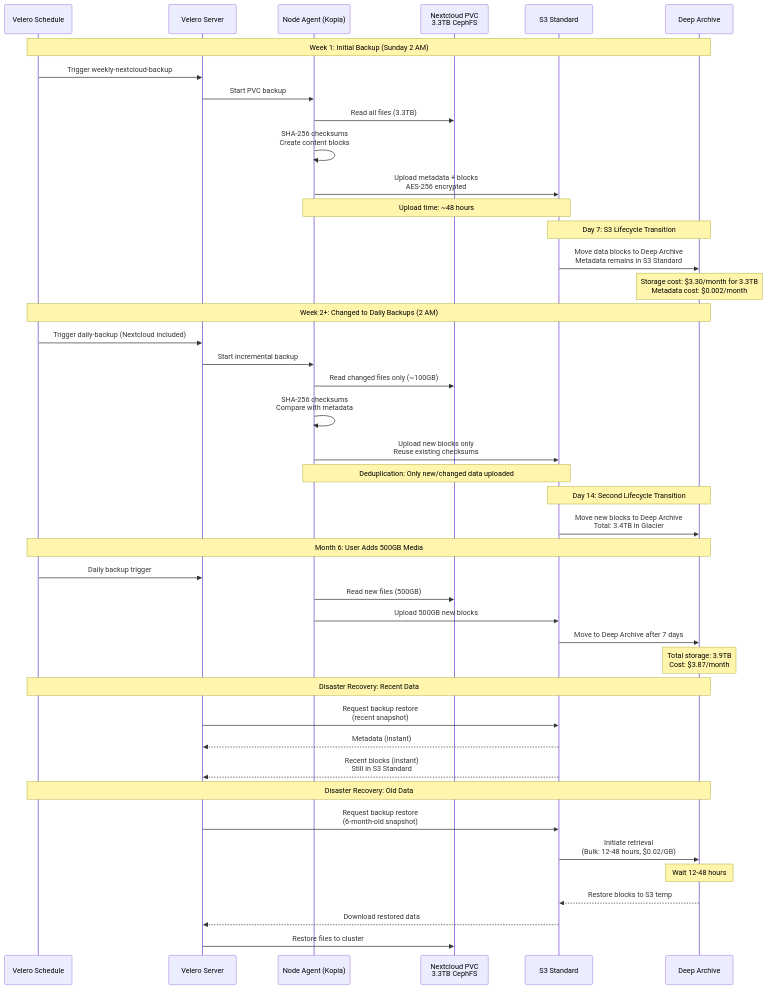
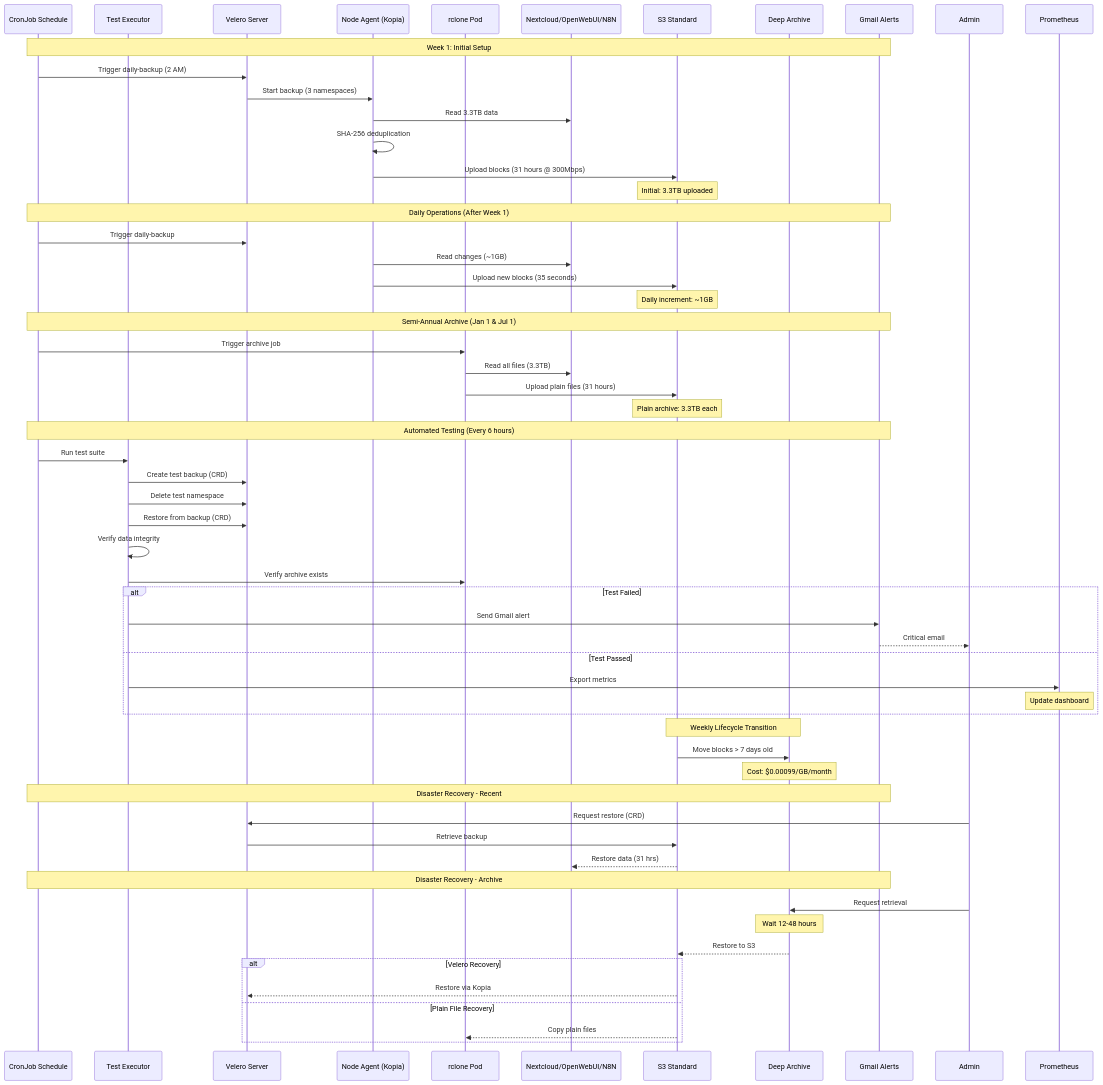
Before and after one commit to seadogger-tech/seadogger-homelab: the second of 2 diagrams in docs/wiki/23-Disaster-Recovery-Restore.md, drawn with Mermaid. The commit also changed other lines of this file, not shown here.

Commit message:
Clean up disaster recovery wiki pages

````diff
--- a/docs/wiki/23-Disaster-Recovery-Restore.md
+++ b/docs/wiki/23-Disaster-Recovery-Restore.md
@@ -111,52 +149,68 @@
 ```mermaid
 sequenceDiagram
-    participant Schedule as Velero Schedule
-    participant Server as Velero Server
-    participant Agent as Node Agent (Kopia)
-    participant PVC as Nextcloud PVC<br/>3.3TB CephFS
+    participant Cron as CronJob Schedule
+    participant Test as Test Executor
+    participant Velero as Velero Server
+    participant Kopia as Node Agent (Kopia)
+    participant Rclone as rclone Pod
+    participant Apps as Nextcloud/OpenWebUI/N8N
     participant S3 as S3 Standard
     participant Glacier as Deep Archive
+    participant Alert as Gmail Alerts
 
-    Note over Schedule,Glacier: Week 1: Initial Backup (Sunday 2 AM)
-    Schedule->>Server: Trigger weekly-nextcloud-backup
-    Server->>Agent: Start PVC backup
-    Agent->>PVC: Read all files (3.3TB)
-    Agent->>Agent: SHA-256 checksums<br/>Create content blocks
-    Agent->>S3: Upload metadata + blocks<br/>AES-256 encrypted
-    Note over Agent,S3: Upload time: ~48 hours
+    Note over Cron,Alert: Week 1: Initial Setup
+    Cron->>Velero: Trigger daily-backup (2 AM)
+    Velero->>Kopia: Start backup (3 namespaces)
+    Kopia->>Apps: Read 3.3TB data
+    Kopia->>Kopia: SHA-256 deduplication
+    Kopia->>S3: Upload blocks (31 hours @ 300Mbps)
+    Note over S3: Initial: 3.3TB uploaded
 
-    Note over S3,Glacier: Day 7: S3 Lifecycle Transition
-    S3->>Glacier: Move data blocks to Deep Archive<br/>Metadata remains in S3 Standard
-    Note over Glacier: Storage cost: $3.30/month for 3.3TB<br/>Metadata cost: $0.002/month
+    Note over Cron,Alert: Daily Operations (After Week 1)
+    Cron->>Velero: Trigger daily-backup
+    Kopia->>Apps: Read changes (~1GB)
+    Kopia->>S3: Upload new blocks (35 seconds)
+    Note over S3: Daily increment: ~1GB
 
-    Note over Schedule,Glacier: Week 2+: Changed to Daily Backups (2 AM)
-    Schedule->>Server: Trigger daily-backup (Nextcloud included)
-    Server->>Agent: Start incremental backup
-    Agent->>PVC: Read changed files only (~100GB)
-    Agent->>Agent: SHA-256 checksums<br/>Compare with metadata
-    Agent->>S3: Upload new blocks only<br/>Reuse existing checksums
-    Note over Agent,S3: Deduplication: Only new/changed data uploaded
+    Note over Cron,Alert: Semi-Annual Archive (Jan 1 & Jul 1)
+    Cron->>Rclone: Trigger archive job
+    Rclone->>Apps: Read all files (3.3TB)
+    Rclone->>S3: Upload plain files (31 hours)
+    Note over S3: Plain archive: 3.3TB each
 
-    Note over S3,Glacier: Day 14: Second Lifecycle Transition
-    S3->>Glacier: Move new blocks to Deep Archive<br/>Total: 3.4TB in Glacier
+    Note over Cron,Alert: Automated Testing (Every 6 hours)
+    Cron->>Test: Run test suite
+    Test->>Velero: Create test backup (CRD)
+    Test->>Velero: Delete test namespace
+    Test->>Velero: Restore from backup (CRD)
+    Test->>Test: Verify data integrity
+    Test->>Rclone: Verify archive exists
+    
+    alt Test Failed
+        Test->>Alert: Send Gmail alert
+        Alert-->>Admin: Critical email
+    else Test Passed
+        Test->>Prometheus: Export metrics
+        Note over Prometheus: Update dashboard
+    end
 
-    Note over Schedule,Glacier: Month 6: User Adds 500GB Media
-    Schedule->>Server: Daily backup trigger
-    Agent->>PVC: Read new files (500GB)
-    Agent->>S3: Upload 500GB new blocks
-    S3->>Glacier: Move to Deep Archive after 7 days
-    Note over Glacier: Total storage: 3.9TB<br/>Cost: $3.87/month
+    Note over S3,Glacier: Weekly Lifecycle Transition
+    S3->>Glacier: Move blocks > 7 days old
+    Note over Glacier: Cost: $0.00099/GB/month
 
-    Note over Schedule,Glacier: Disaster Recovery: Recent Data
-    Server->>S3: Request backup restore<br/>(recent snapshot)
-    S3-->>Server: Metadata (instant)
-    S3-->>Server: Recent blocks (instant)<br/>Still in S3 Standard
+    Note over Cron,Alert: Disaster Recovery - Recent
+    Admin->>Velero: Request restore (CRD)
+    Velero->>S3: Retrieve backup
+    S3-->>Apps: Restore data (31 hrs)
 
-    Note over Schedule,Glacier: Disaster Recovery: Old Data
-    Server->>S3: Request backup restore<br/>(6-month-old snapshot)
-    S3->>Glacier: Initiate retrieval<br/>(Bulk: 12-48 hours, $0.02/GB)
+    Note over Cron,Alert: Disaster Recovery - Archive
+    Admin->>Glacier: Request retrieval
     Note over Glacier: Wait 12-48 hours
-    Glacier-->>S3: Restore blocks to S3 temp
-    S3-->>Server: Download restored data
-    Server->>PVC: Restore files to cluster
+    Glacier-->>S3: Restore to S3
+    
+    alt Velero Recovery
+        S3-->>Velero: Restore via Kopia
+    else Plain File Recovery
+        S3-->>Rclone: Copy plain files
+    end
 ```
````
